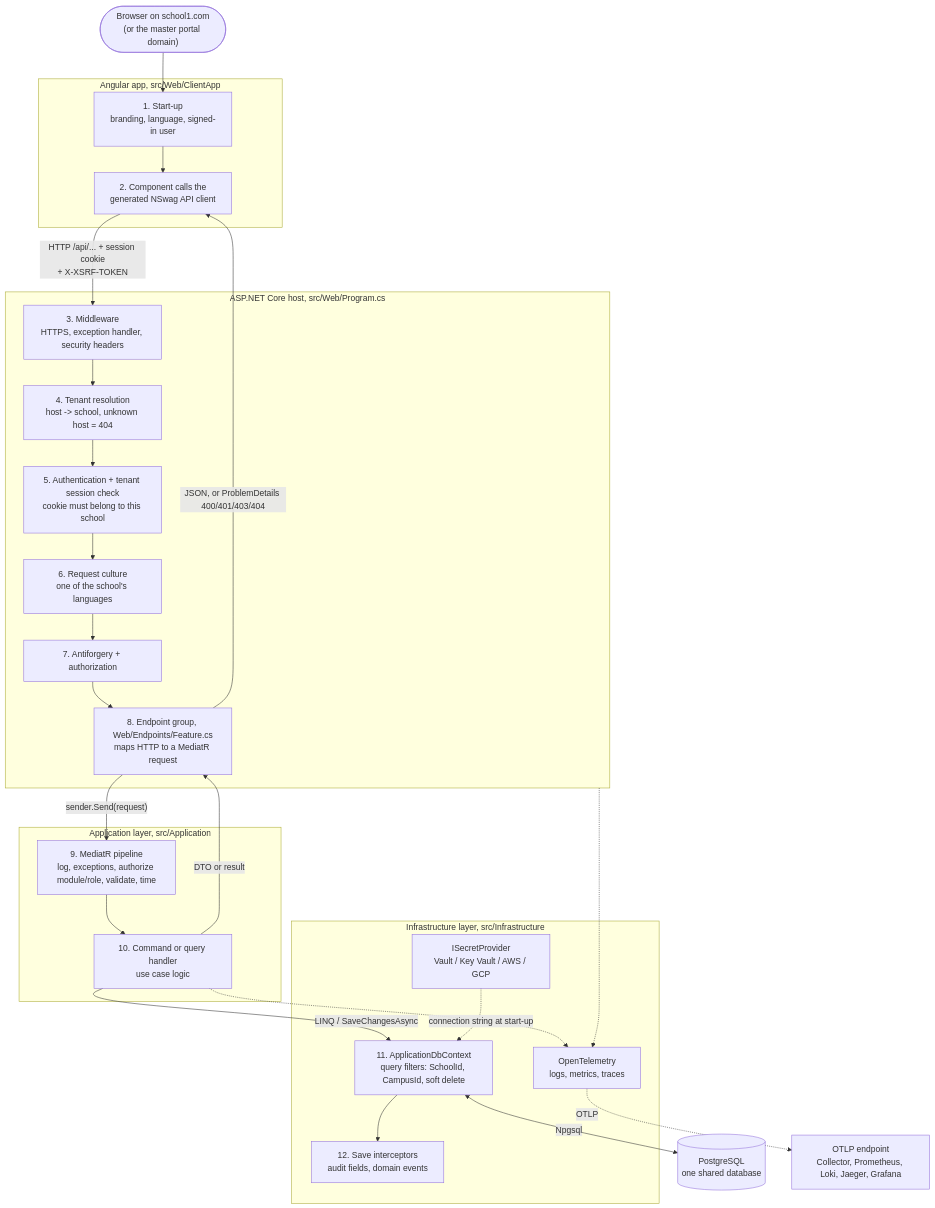
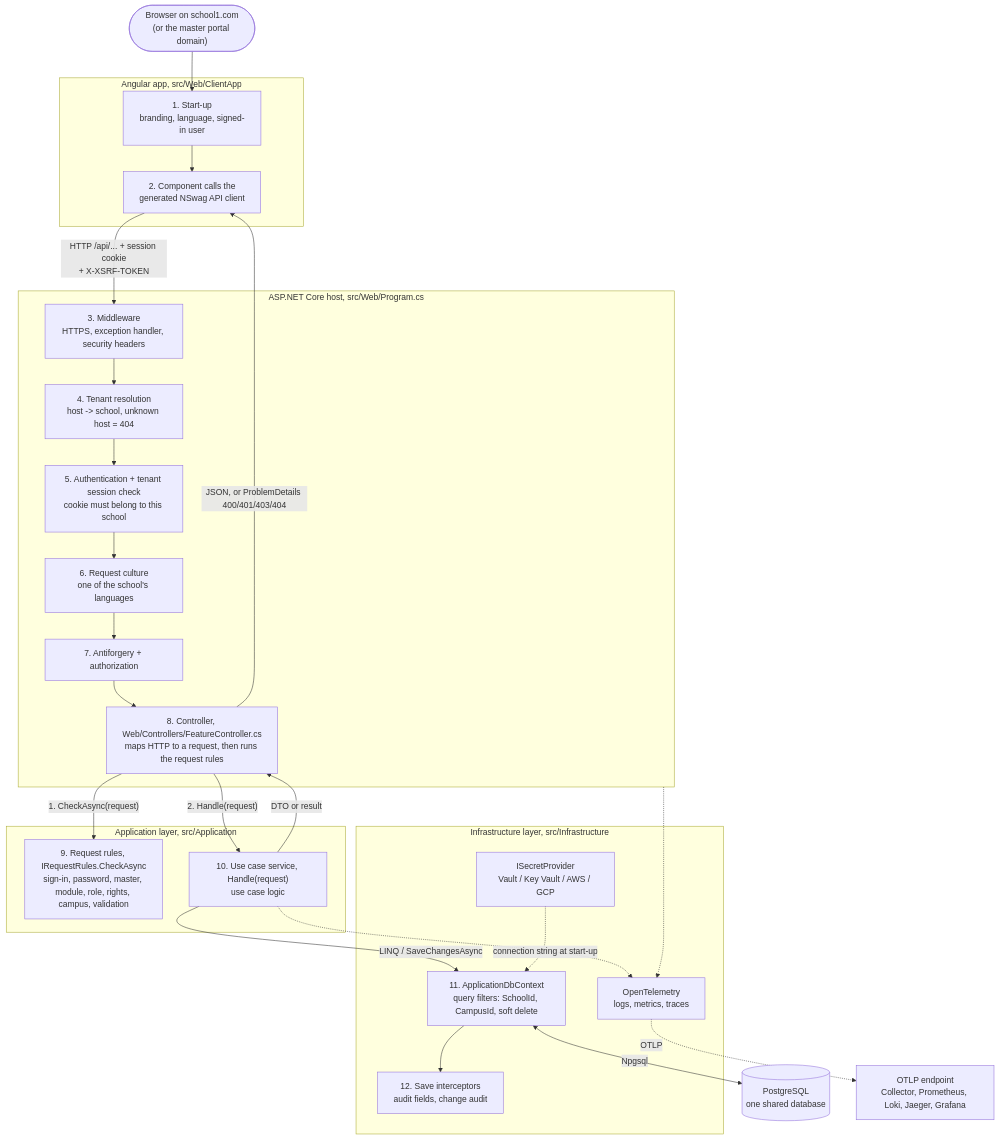
The first of 22 diagrams in README.md (ahmedshahjr/Education-Portal), drawn with Mermaid before and after one commit. The commit also changed other lines of this file and 409 other files, not shown here.

````diff
--- a/README.md
+++ b/README.md
@@ -149,47 +149,48 @@
 ```mermaid
 flowchart TB
     browser(["Browser on school1.com<br/>(or the master portal domain)"])
 
     subgraph client["Angular app, src/Web/ClientApp"]
         boot["1. Start-up<br/>branding, language, signed-in user"]
         ui["2. Component calls the<br/>generated NSwag API client"]
     end
 
     subgraph host["ASP.NET Core host, src/Web/Program.cs"]
         mw["3. Middleware<br/>HTTPS, exception handler, security headers"]
         tenant["4. Tenant resolution<br/>host -> school, unknown host = 404"]
         authn["5. Authentication + tenant session check<br/>cookie must belong to this school"]
         culture["6. Request culture<br/>one of the school's languages"]
         authz["7. Antiforgery + authorization"]
-        endpoint["8. Endpoint group, Web/Endpoints/Feature.cs<br/>maps HTTP to a MediatR request"]
+        controller["8. Controller, Web/Controllers/FeatureController.cs<br/>maps HTTP to a request, then runs the request rules"]
     end
 
     subgraph app["Application layer, src/Application"]
-        pipeline["9. MediatR pipeline<br/>log, exceptions, authorize module/role, validate, time"]
-        handler["10. Command or query handler<br/>use case logic"]
+        rules["9. Request rules, IRequestRules.CheckAsync<br/>sign-in, password, master, module, role, rights, campus, validation"]
+        handler["10. Use case service, Handle(request)<br/>use case logic"]
     end
 
     subgraph infra["Infrastructure layer, src/Infrastructure"]
         ctx["11. ApplicationDbContext<br/>query filters: SchoolId, CampusId, soft delete"]
-        save["12. Save interceptors<br/>audit fields, domain events"]
+        save["12. Save interceptors<br/>audit fields, change audit"]
         secrets["ISecretProvider<br/>Vault / Key Vault / AWS / GCP"]
         otel["OpenTelemetry<br/>logs, metrics, traces"]
     end
 
     db[("PostgreSQL<br/>one shared database")]
     collector["OTLP endpoint<br/>Collector, Prometheus, Loki, Jaeger, Grafana"]
 
     browser --> boot --> ui
     ui -->|"HTTP /api/... + session cookie<br/>+ X-XSRF-TOKEN"| mw
-    mw --> tenant --> authn --> culture --> authz --> endpoint
-    endpoint -->|"sender.Send(request)"| pipeline --> handler
+    mw --> tenant --> authn --> culture --> authz --> controller
+    controller -->|"1. CheckAsync(request)"| rules
+    controller -->|"2. Handle(request)"| handler
     handler -->|"LINQ / SaveChangesAsync"| ctx
     ctx --> save
     ctx <-->|"Npgsql"| db
     secrets -.->|"connection string at start-up"| ctx
     handler -.-> otel
     host -.-> otel
     otel -.->|"OTLP"| collector
-    handler -->|"DTO or result"| endpoint
-    endpoint -->|"JSON, or ProblemDetails 400/401/403/404"| ui
+    handler -->|"DTO or result"| controller
+    controller -->|"JSON, or ProblemDetails 400/401/403/404"| ui
 ```
````
